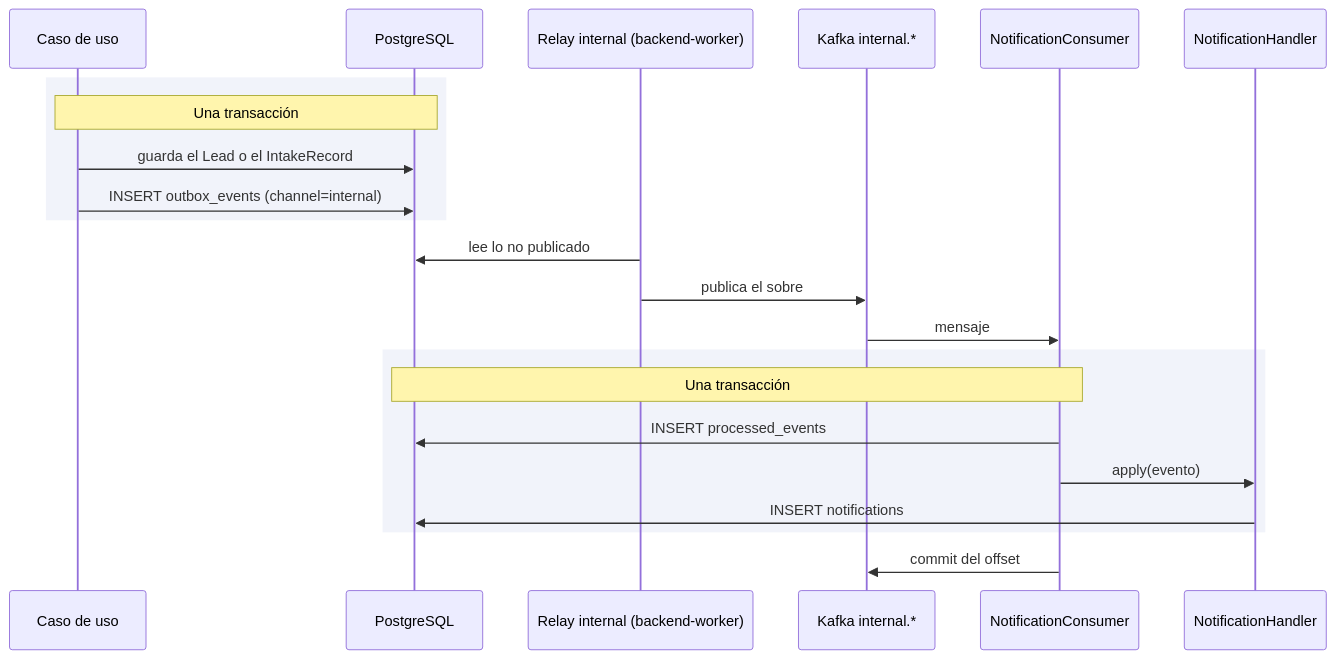
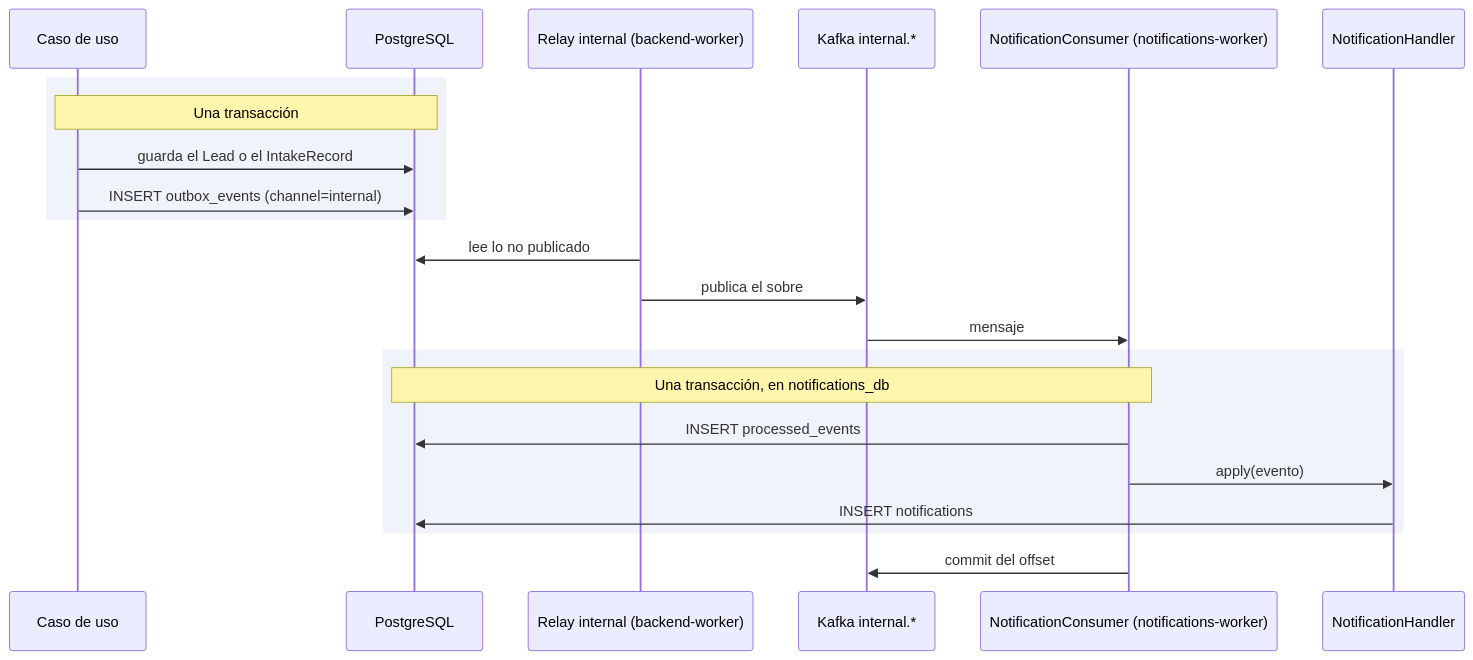
The diagram in docs/content/modulos/notificaciones.md (MDCIrony/leads-hexa), drawn with Mermaid before and after one commit. The commit also changed other lines of this file and 21 other files, not shown here.

````diff
--- a/docs/content/modulos/notificaciones.md
+++ b/docs/content/modulos/notificaciones.md
@@ -20,25 +27,25 @@
 ```mermaid
 sequenceDiagram
     participant UC as Caso de uso
     participant DB as PostgreSQL
     participant R as Relay internal (backend-worker)
     participant K as Kafka internal.*
-    participant NC as NotificationConsumer
+    participant NC as NotificationConsumer (notifications-worker)
     participant NH as NotificationHandler
 
     rect rgba(63,81,181,0.07)
     note over UC,DB: Una transacción
     UC->>DB: guarda el Lead o el IntakeRecord
     UC->>DB: INSERT outbox_events (channel=internal)
     end
     R->>DB: lee lo no publicado
     R->>K: publica el sobre
     K->>NC: mensaje
     rect rgba(63,81,181,0.07)
-    note over NC,DB: Una transacción
+    note over NC,DB: Una transacción, en notifications_db
     NC->>DB: INSERT processed_events
     NC->>NH: apply(evento)
     NH->>DB: INSERT notifications
     end
     NC->>K: commit del offset
 ```
````
